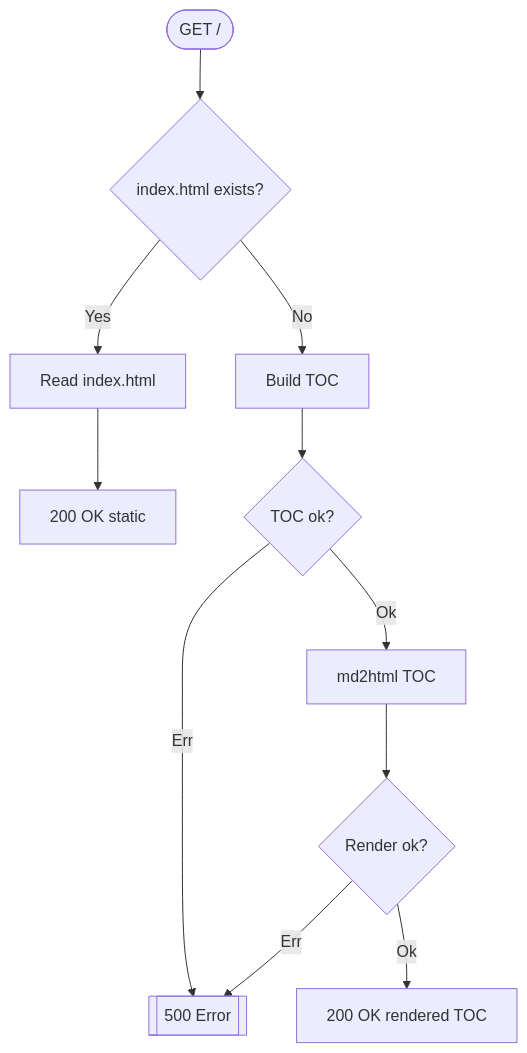
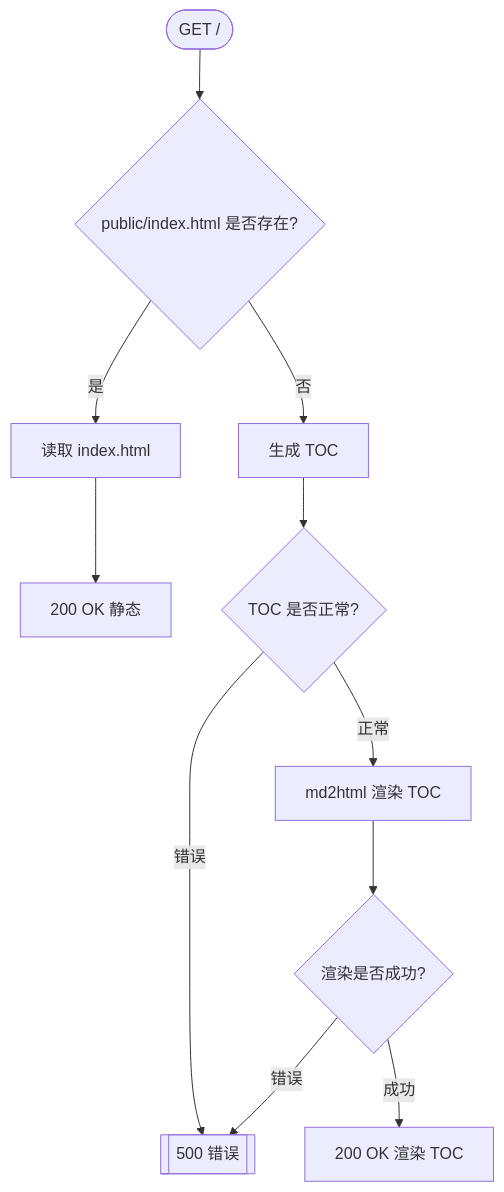
The first of 2 diagrams in docs/request-flow.md (Paul-16098/my-http-server), drawn with Mermaid before and after one commit. The commit also changed other lines of this file and 3 other files, not shown here.

````diff
--- a/docs/request-flow.md
+++ b/docs/request-flow.md
@@ -7,10 +11,10 @@
 ```mermaid
 flowchart TB
-  A([GET /]) --> B{index.html exists?}
-  B -->|Yes| C[Read index.html] --> D[200 OK static]
-  B -->|No| E[Build TOC] --> F{TOC ok?}
-  F -->|Err| G[[500 Error]]
-  F -->|Ok| H[md2html TOC] --> I{Render ok?}
-  I -->|Err| G
-  I -->|Ok| J[200 OK rendered TOC]
+  A([GET /]) --> B{public/index.html 是否存在?}
+  B -->|是| C[读取 index.html] --> D[200 OK 静态]
+  B -->|否| E[生成 TOC] --> F{TOC 是否正常?}
+  F -->|错误| G[[500 错误]]
+  F -->|正常| H[md2html 渲染 TOC] --> I{渲染是否成功?}
+  I -->|错误| G
+  I -->|成功| J[200 OK 渲染 TOC]
 ```
````
